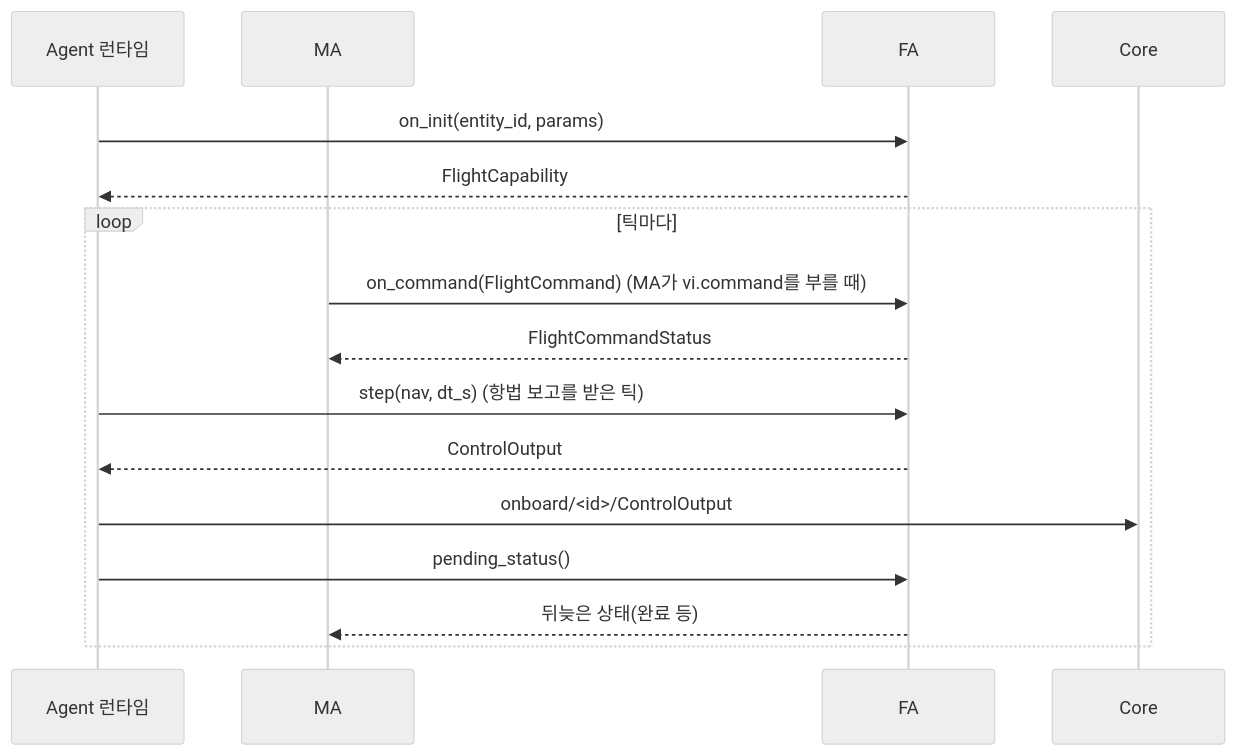
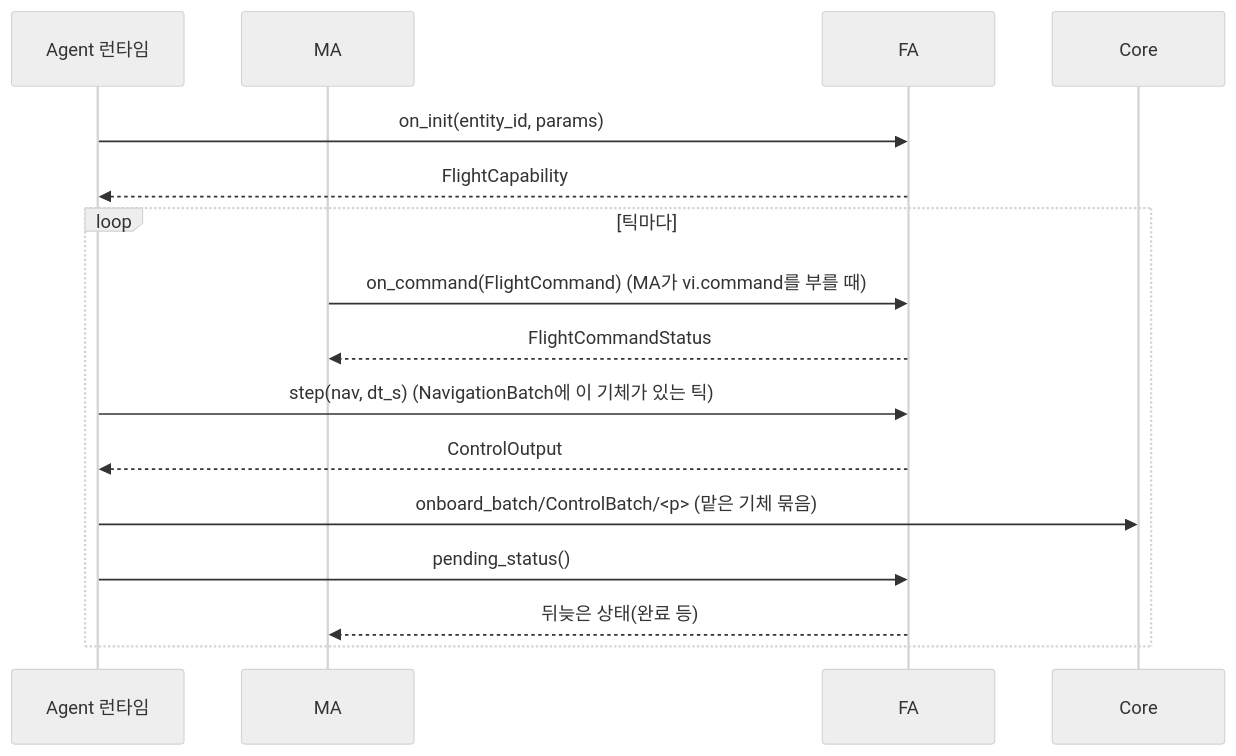
One commit to Kimbyung-wook/SwarmFlSim changed the diagram in docs/41_dev/05_fa_plugin.md. Above: the diagram before and after it, drawn with Mermaid (neutral theme). The commit also changed 15 other files, not shown here.

````diff
--- a/docs/41_dev/05_fa_plugin.md
+++ b/docs/41_dev/05_fa_plugin.md
@@ -9,18 +9,18 @@
 ```mermaid
 sequenceDiagram
     participant R as Agent 런타임
     participant M as MA
     participant F as FA
     participant C as Core
     R->>F: on_init(entity_id, params)
     F-->>R: FlightCapability
     loop 틱마다
         M->>F: on_command(FlightCommand) (MA가 vi.command를 부를 때)
         F-->>M: FlightCommandStatus
-        R->>F: step(nav, dt_s) (항법 보고를 받은 틱)
+        R->>F: step(nav, dt_s) (NavigationBatch에 이 기체가 있는 틱)
         F-->>R: ControlOutput
-        R->>C: onboard/<id>/ControlOutput
+        R->>C: onboard_batch/ControlBatch/<p> (맡은 기체 묶음)
         R->>F: pending_status()
         F-->>M: 뒤늦은 상태(완료 등)
     end
 ```
````
